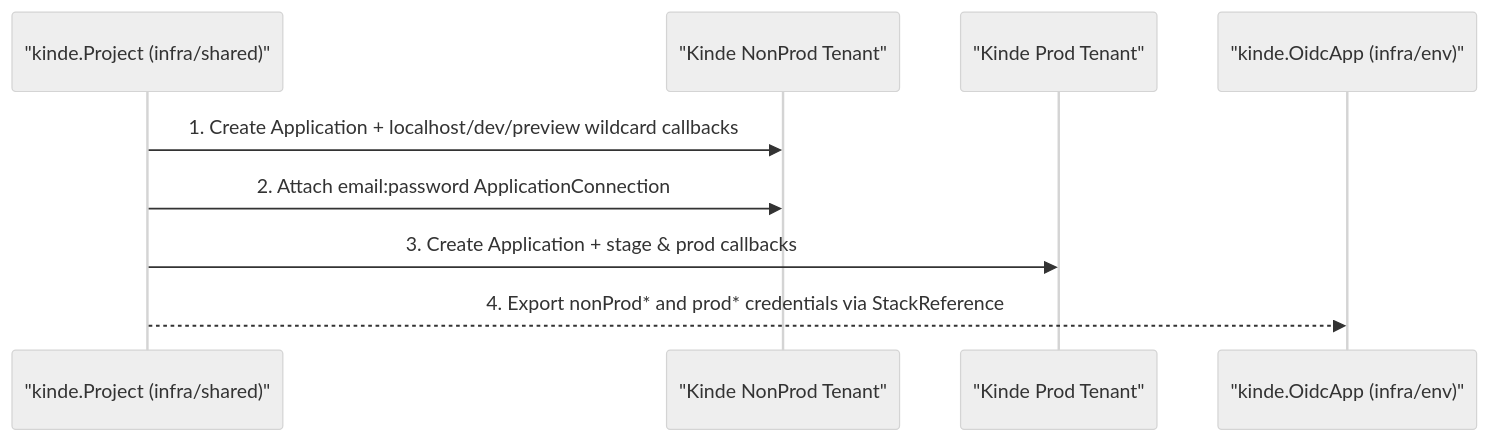
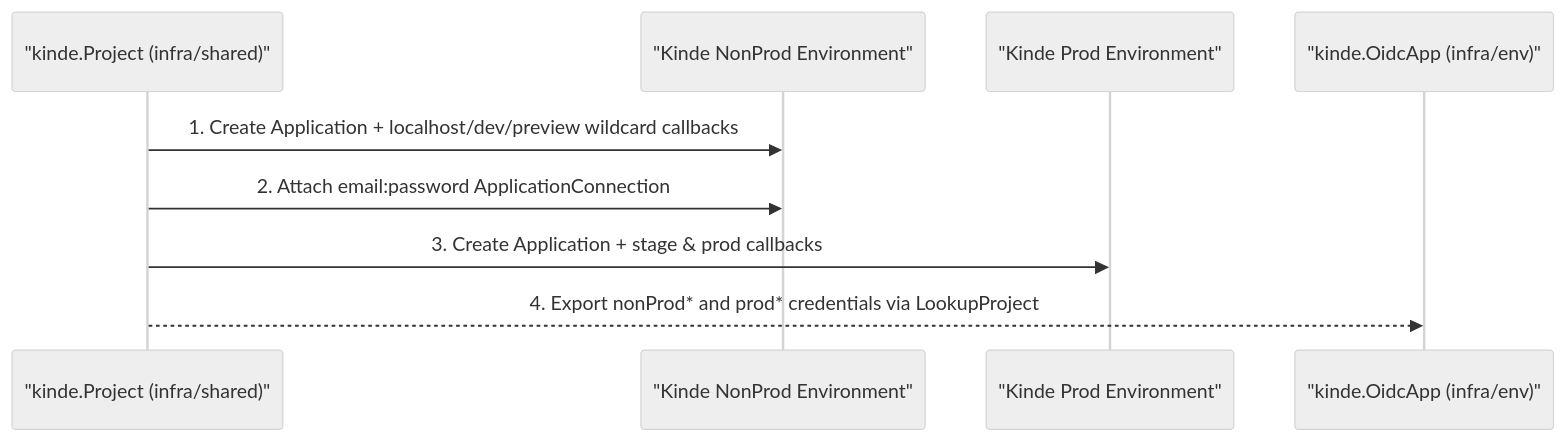
The second of 2 diagrams in docs/architecture/providers/kinde/index.md (cloudvoyant/openbase), drawn with Mermaid (neutral theme) before and after one commit. The commit also changed other lines of this file and 64 other files, not shown here.

````diff
--- a/docs/architecture/providers/kinde/index.md
+++ b/docs/architecture/providers/kinde/index.md
@@ -56,12 +56,12 @@
 ```mermaid
 sequenceDiagram
     participant Shared as "kinde.Project (infra/shared)"
-    participant NonProdT as "Kinde NonProd Tenant"
-    participant ProdT as "Kinde Prod Tenant"
+    participant NonProdE as "Kinde NonProd Environment"
+    participant ProdE as "Kinde Prod Environment"
     participant Env as "kinde.OidcApp (infra/env)"
 
-    Shared->>NonProdT: 1. Create Application + localhost/dev/preview wildcard callbacks
-    Shared->>NonProdT: 2. Attach email:password ApplicationConnection
-    Shared->>ProdT: 3. Create Application + stage & prod callbacks
-    Shared-->>Env: 4. Export nonProd* and prod* credentials via StackReference
+    Shared->>NonProdE: 1. Create Application + localhost/dev/preview wildcard callbacks
+    Shared->>NonProdE: 2. Attach email:password ApplicationConnection
+    Shared->>ProdE: 3. Create Application + stage & prod callbacks
+    Shared-->>Env: 4. Export nonProd* and prod* credentials via LookupProject
 ```
````
